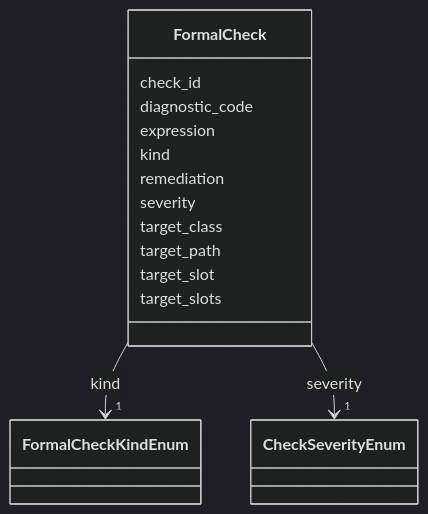
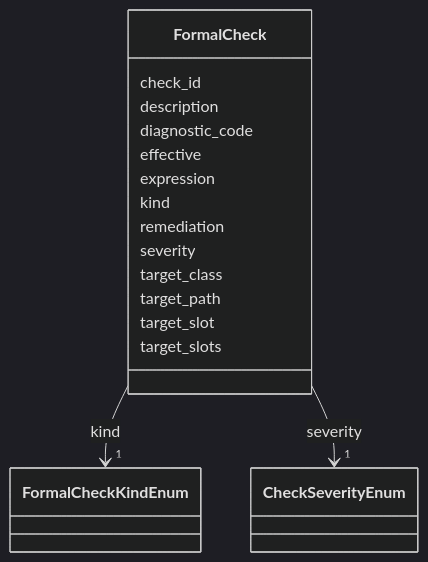
The diagram in generated/artifacts/moex-dams/0.1/diagrams/FormalCheck.md (oista/moex-data-model), drawn with Mermaid (dark theme) before and after one commit. The commit also changed 106 other files, not shown here.

````diff
--- a/generated/artifacts/moex-dams/0.1/diagrams/FormalCheck.md
+++ b/generated/artifacts/moex-dams/0.1/diagrams/FormalCheck.md
@@ -4,44 +4,48 @@
 ```mermaid
  classDiagram
     class FormalCheck
     click FormalCheck href "../FormalCheck"
       FormalCheck : check_id
         
+      FormalCheck : description
+        
       FormalCheck : diagnostic_code
+        
+      FormalCheck : effective
         
       FormalCheck : expression
         
       FormalCheck : kind
         
           
     
         
         
         FormalCheck --> "1" FormalCheckKindEnum : kind
         click FormalCheckKindEnum href "../FormalCheckKindEnum"
     
 
         
       FormalCheck : remediation
         
       FormalCheck : severity
         
           
     
         
         
         FormalCheck --> "1" CheckSeverityEnum : severity
         click CheckSeverityEnum href "../CheckSeverityEnum"
     
 
         
       FormalCheck : target_class
         
       FormalCheck : target_path
         
       FormalCheck : target_slot
         
       FormalCheck : target_slots
         
       
 ```
````
